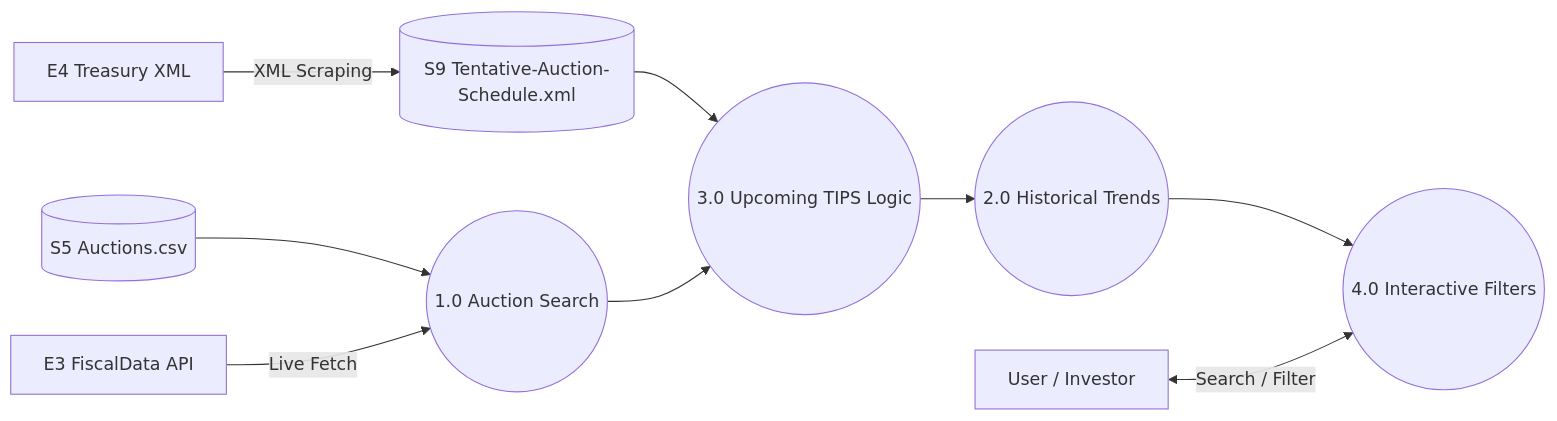
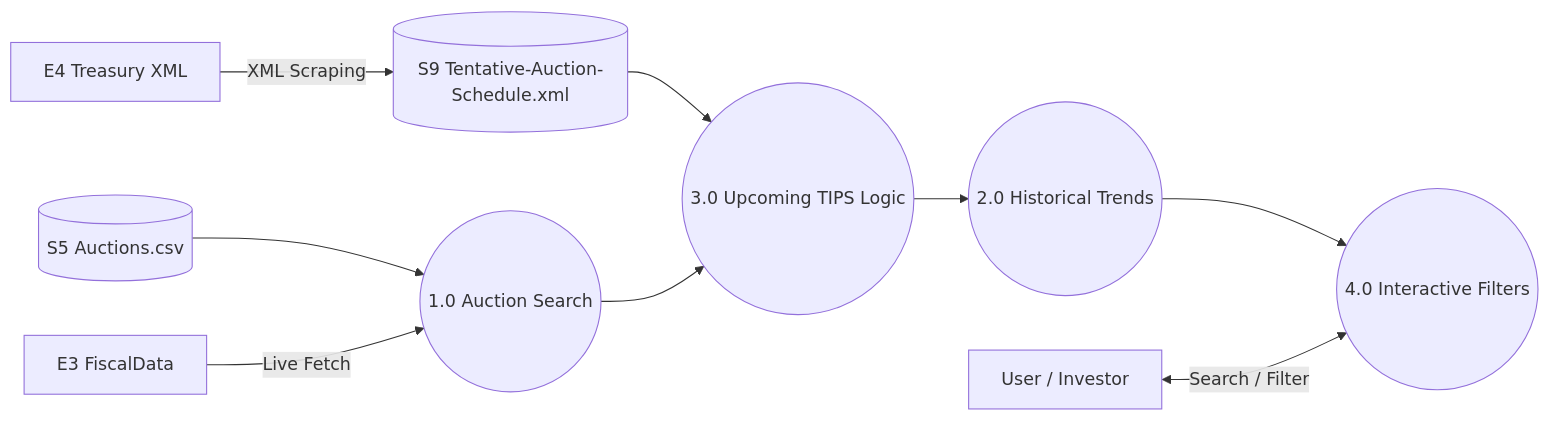
One commit to aerokam/Treasuries changed the diagram in knowledge/TreasuryAuctions.md. Above: the diagram before and after it, drawn with Mermaid. The commit also changed other lines of this file and 23 other files, not shown here.

First line of the commit message:
Name CNBC as one entity with two flows; trim "API" from source names; show entities at Level 2

````diff
--- a/knowledge/TreasuryAuctions.md
+++ b/knowledge/TreasuryAuctions.md
@@ -9,36 +9,36 @@
 ```mermaid
 graph LR
     %% Data Stores (S)
     S5[(S5 Auctions.csv)]
     S9[(S9 Tentative-Auction-Schedule.xml)]
-    E3[E3 FiscalData API]
+    E3[E3 FiscalData]
     E4[E4 Treasury XML]
 
     %% Processes (P)
     P1((1.0 Auction Search))
     P2((2.0 Historical Trends))
     P3((3.0 Upcoming TIPS Logic))
     P4((4.0 Interactive Filters))
 
     %% User (E)
     U[User / Investor]
 
     %% Inbound Data
     S5 --> P1
     E3 -->|Live Fetch| P1
     E4 -->|XML Scraping| S9
     S9 --> P3
     P1 --> P3
     
     %% Internal Flows
     P3 --> P2
     P2 --> P4
     
     %% User Interaction
     U <-->|Search / Filter| P4
 
     %% Links to Specs
     click P1 "#/md/TreasuryAuctions/knowledge/Data_Pipeline.md" "View Data Logic"
     click S5 "#/md/knowledge/DataStores.md#s5" "View Schema"
     click S9 "#/md/knowledge/DataStores.md#s9" "View Tentative Data"
 ```
````
